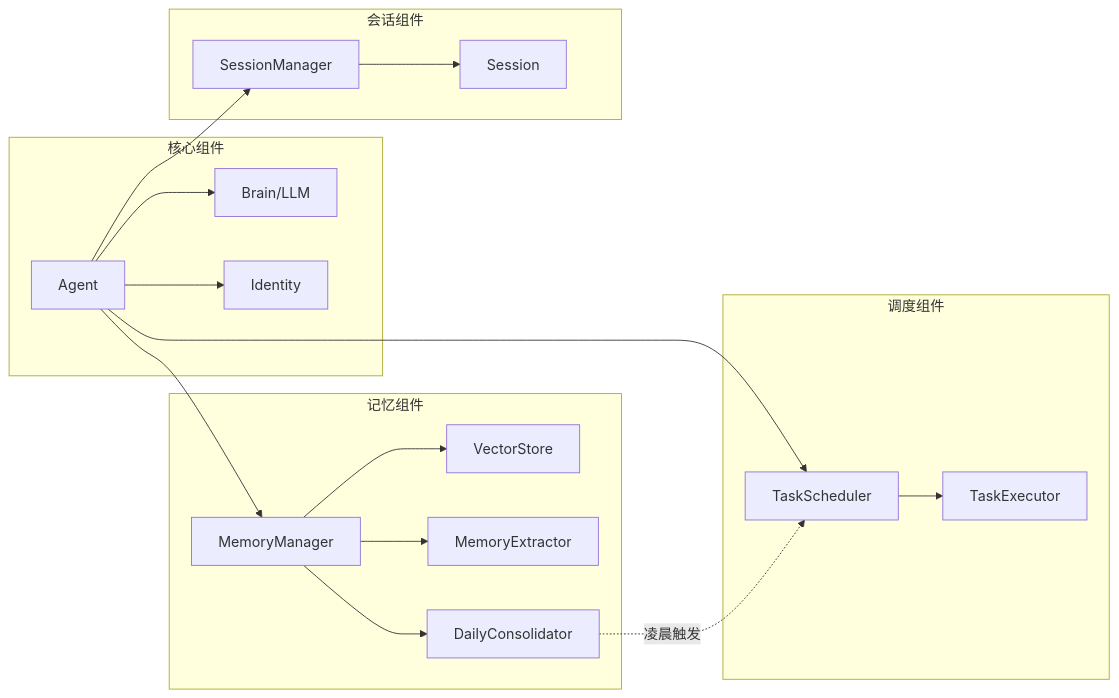
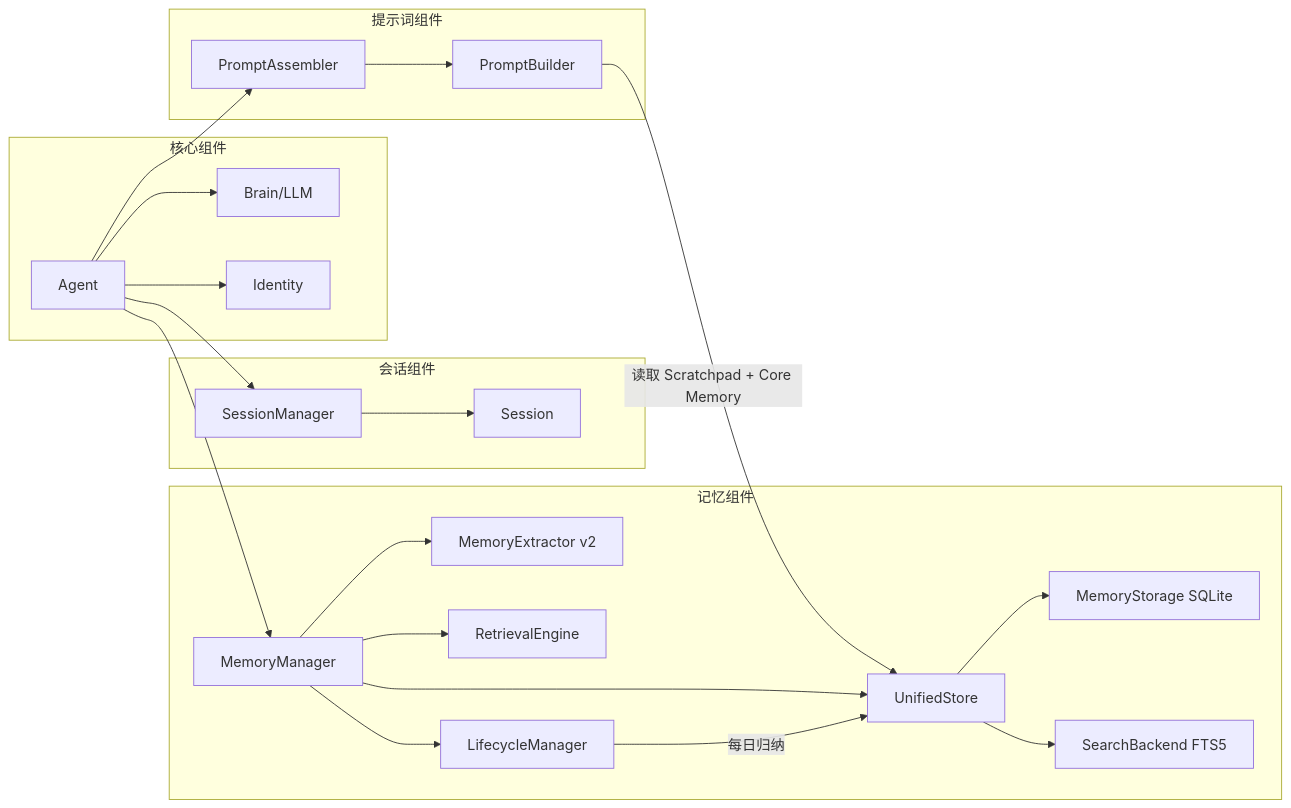
The fourth of 5 diagrams in docs/memory_architecture.md (MaoChen1980/openakita), drawn with Mermaid before and after one commit. The commit also changed other lines of this file and 14 other files, not shown here.

````diff
--- a/docs/memory_architecture.md
+++ b/docs/memory_architecture.md
@@ -143,37 +181,44 @@
 ```mermaid
 flowchart LR
     subgraph core [核心组件]
         Agent[Agent]
         Brain[Brain/LLM]
         Identity[Identity]
     end
-    
+
     subgraph memory [记忆组件]
         MM[MemoryManager]
-        VS[VectorStore]
-        EX[MemoryExtractor]
-        DC[DailyConsolidator]
+        Store[UnifiedStore]
+        DB[MemoryStorage SQLite]
+        Search[SearchBackend FTS5]
+        EX[MemoryExtractor v2]
+        RE[RetrievalEngine]
+        LC[LifecycleManager]
     end
-    
+
     subgraph session [会话组件]
         SM[SessionManager]
         S[Session]
     end
-    
-    subgraph scheduler [调度组件]
-        TS[TaskScheduler]
-        TE[TaskExecutor]
+
+    subgraph prompt [提示词组件]
+        PA[PromptAssembler]
+        PB[PromptBuilder]
     end
-    
+
     Agent --> MM
     Agent --> Identity
     Agent --> Brain
-    MM --> VS
+    Agent --> PA
+    PA --> PB
+    PB -->|读取 Scratchpad + Core Memory| Store
+    MM --> Store
+    Store --> DB
+    Store --> Search
     MM --> EX
-    MM --> DC
+    MM --> RE
+    MM --> LC
     Agent --> SM
     SM --> S
-    Agent --> TS
-    TS --> TE
-    DC -.->|凌晨触发| TS
+    LC -->|每日归纳| Store
 ```
````
